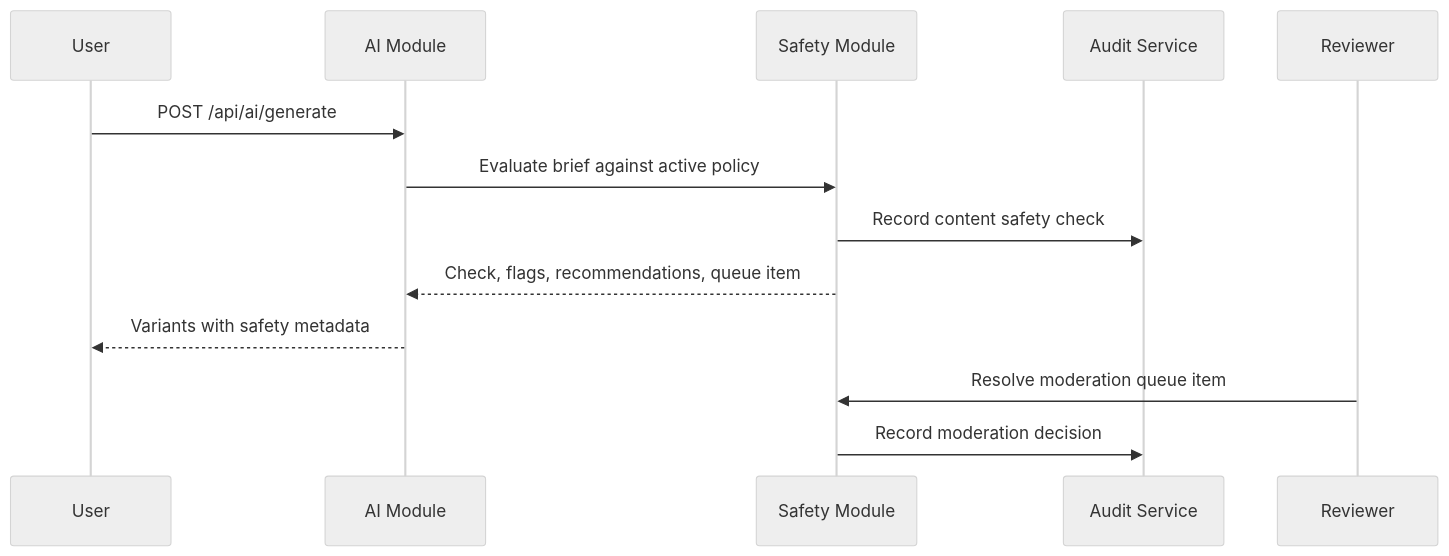
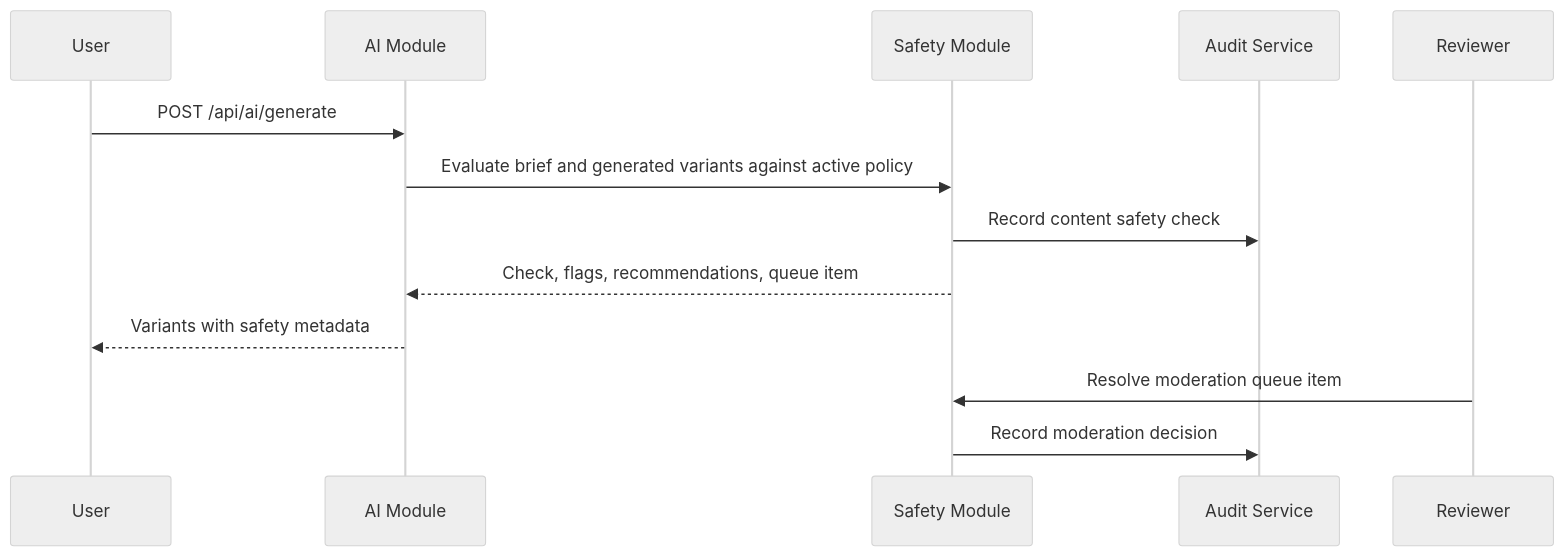
Before and after one commit to DevAbhishek11/Ai-SSM-Platfrom-SaaS: diagram 13 of 14 in docs/architecture/system-architecture.md, drawn with Mermaid (neutral theme). The commit also changed other lines of this file and 78 other files, not shown here.

````diff
--- a/docs/architecture/system-architecture.md
+++ b/docs/architecture/system-architecture.md
@@ -280,16 +322,16 @@
 ```mermaid
 sequenceDiagram
   participant User
   participant AI as AI Module
   participant Safety as Safety Module
   participant Audit as Audit Service
   participant Reviewer
 
   User->>AI: POST /api/ai/generate
-  AI->>Safety: Evaluate brief against active policy
+  AI->>Safety: Evaluate brief and generated variants against active policy
   Safety->>Audit: Record content safety check
   Safety-->>AI: Check, flags, recommendations, queue item
   AI-->>User: Variants with safety metadata
   Reviewer->>Safety: Resolve moderation queue item
   Safety->>Audit: Record moderation decision
 ```
````
